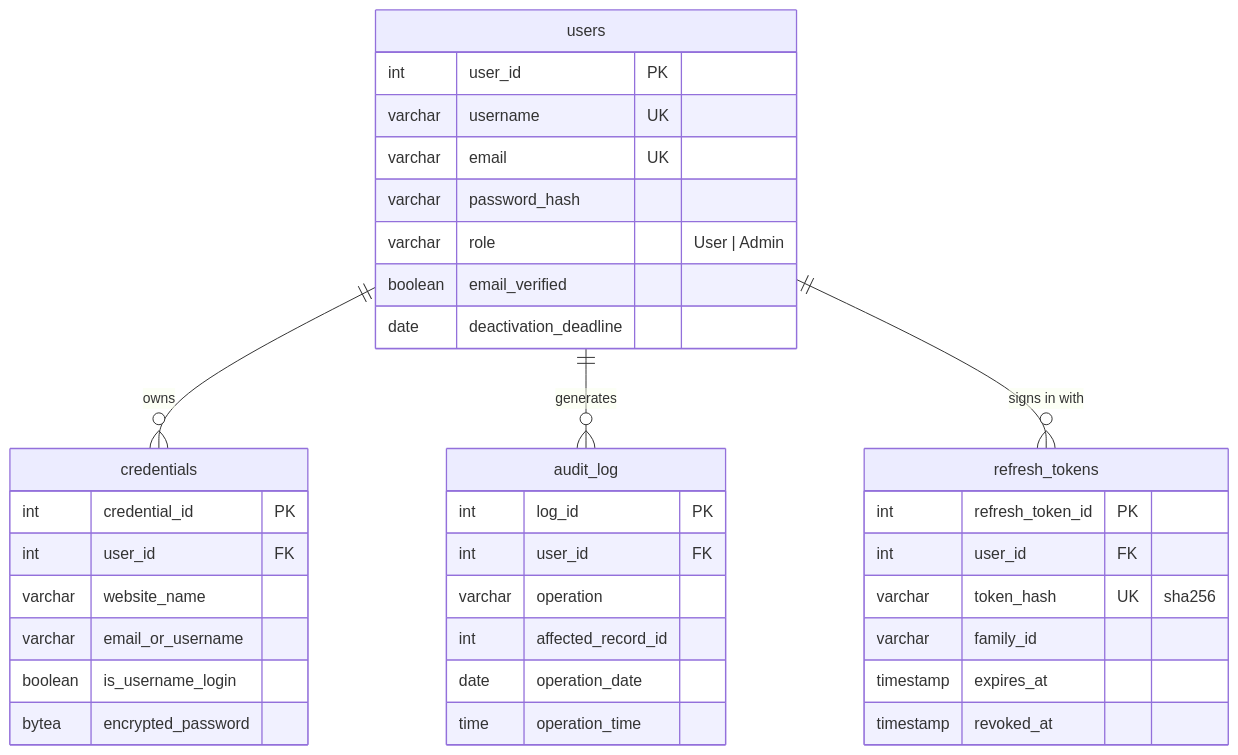
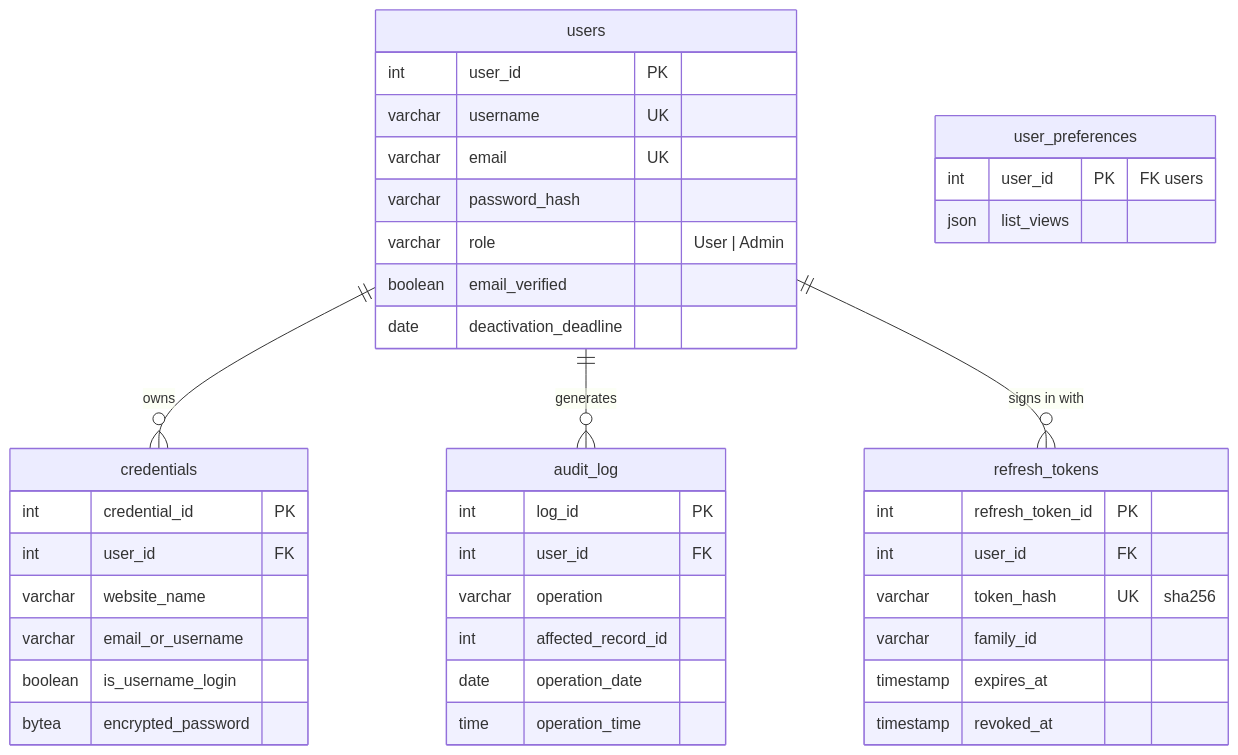
One commit to DarkyGr/Saving-Access changed the third of 4 diagrams in ARCHITECTURE.md. Above: the diagram before and after it, drawn with Mermaid. The commit also changed other lines of this file and 42 other files, not shown here.

````diff
--- a/ARCHITECTURE.md
+++ b/ARCHITECTURE.md
@@ -190,40 +192,44 @@
 ```mermaid
 erDiagram
     users ||--o{ credentials : owns
     users ||--o{ audit_log : generates
     users ||--o{ refresh_tokens : "signs in with"
 
     users {
         int user_id PK
         varchar username UK
         varchar email UK
         varchar password_hash
         varchar role "User | Admin"
         boolean email_verified
         date deactivation_deadline
     }
     credentials {
         int credential_id PK
         int user_id FK
         varchar website_name
         varchar email_or_username
         boolean is_username_login
         bytea encrypted_password
     }
     audit_log {
         int log_id PK
         int user_id FK
         varchar operation
         int affected_record_id
         date operation_date
         time operation_time
     }
+    user_preferences {
+        int user_id PK "FK users"
+        json list_views
+    }
     refresh_tokens {
         int refresh_token_id PK
         int user_id FK
         varchar token_hash UK "sha256"
         varchar family_id
         timestamp expires_at
         timestamp revoked_at
     }
 ```
````
